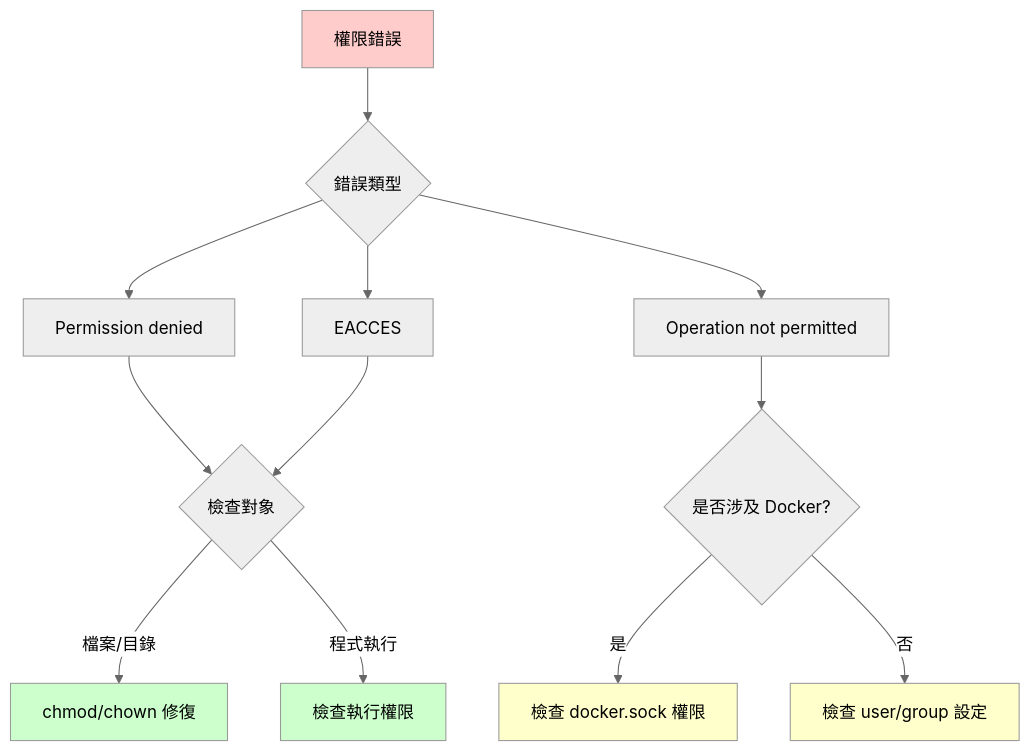
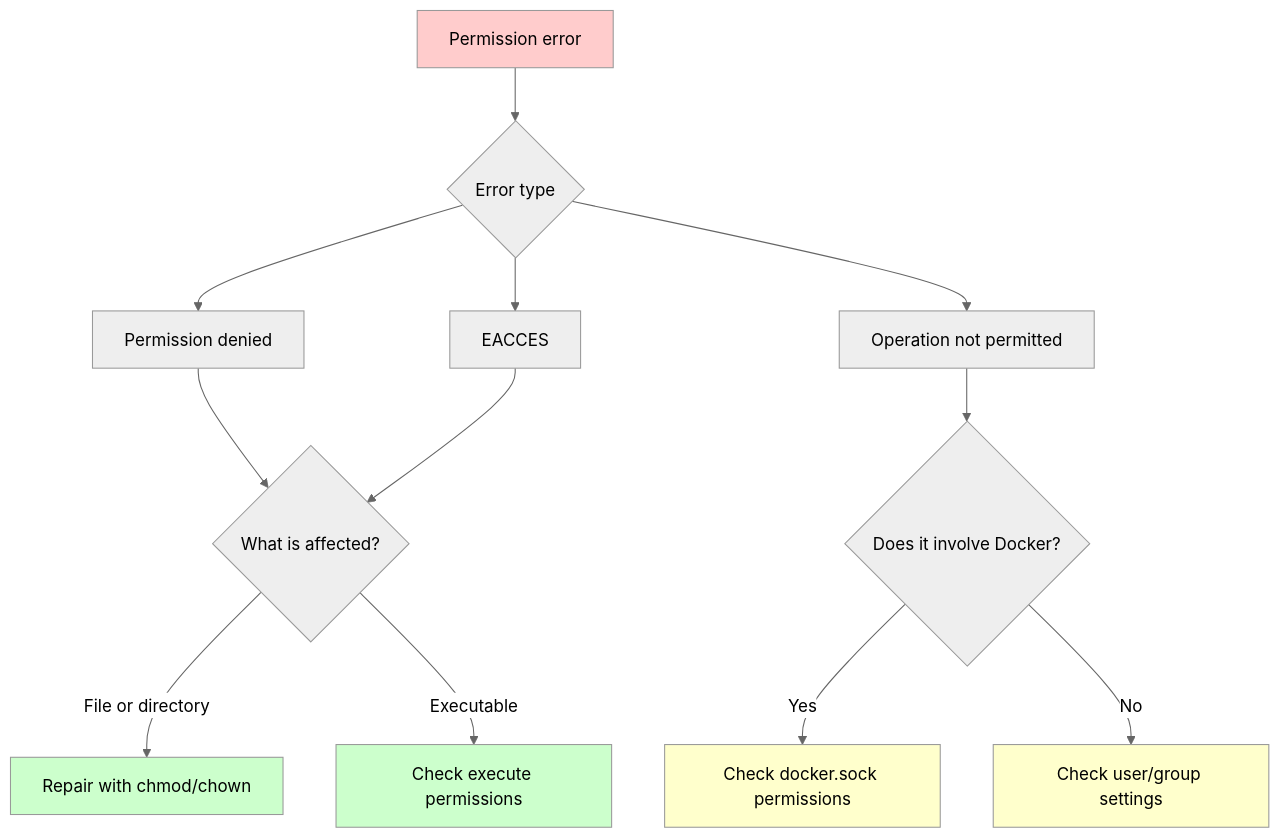
The fourth of 9 diagrams in docs/TROUBLESHOOTING.md (tryweb/ai-engkit), drawn with Mermaid (neutral theme) before and after one commit. The commit also changed other lines of this file and 14 other files, not shown here.

````diff
--- a/docs/TROUBLESHOOTING.md
+++ b/docs/TROUBLESHOOTING.md
@@ -221,24 +221,24 @@
 ```mermaid
 graph TD
-    A["權限錯誤"] --> B{"錯誤類型"}
-    
+    A["Permission error"] --> B{"Error type"}
+
     B --> C["Permission denied"]
     B --> D["EACCES"]
     B --> E["Operation not permitted"]
-    
-    C --> F{"檢查對象"}
+
+    C --> F{"What is affected?"}
     D --> F
-    E --> G{"是否涉及 Docker?"}
-    
-    F -->|"檔案/目錄"| H["chmod/chown 修復"]
-    F -->|"程式執行"| I["檢查執行權限"]
-    
-    G -->|"是"| J["檢查 docker.sock 權限"]
-    G -->|"否"| K["檢查 user/group 設定"]
-    
+    E --> G{"Does it involve Docker?"}
+
+    F -->|"File or directory"| H["Repair with chmod/chown"]
+    F -->|"Executable"| I["Check execute permissions"]
+
+    G -->|"Yes"| J["Check docker.sock permissions"]
+    G -->|"No"| K["Check user/group settings"]
+
     style A fill:#ffcccc
     style H fill:#ccffcc
     style I fill:#ccffcc
     style J fill:#ffffcc
     style K fill:#ffffcc
 ```
````
